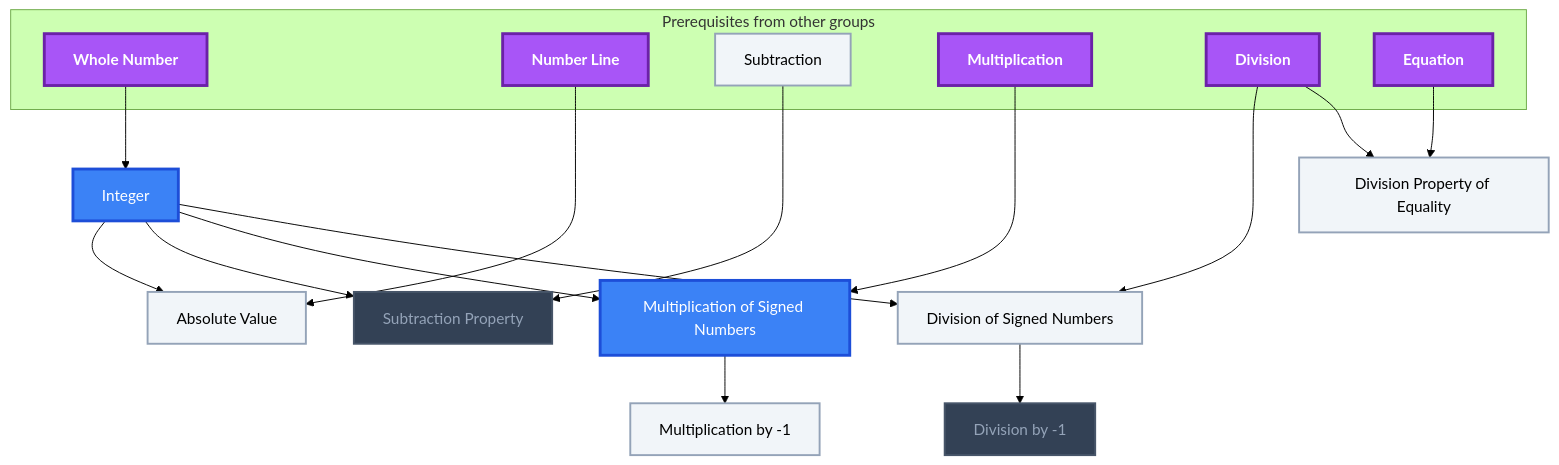
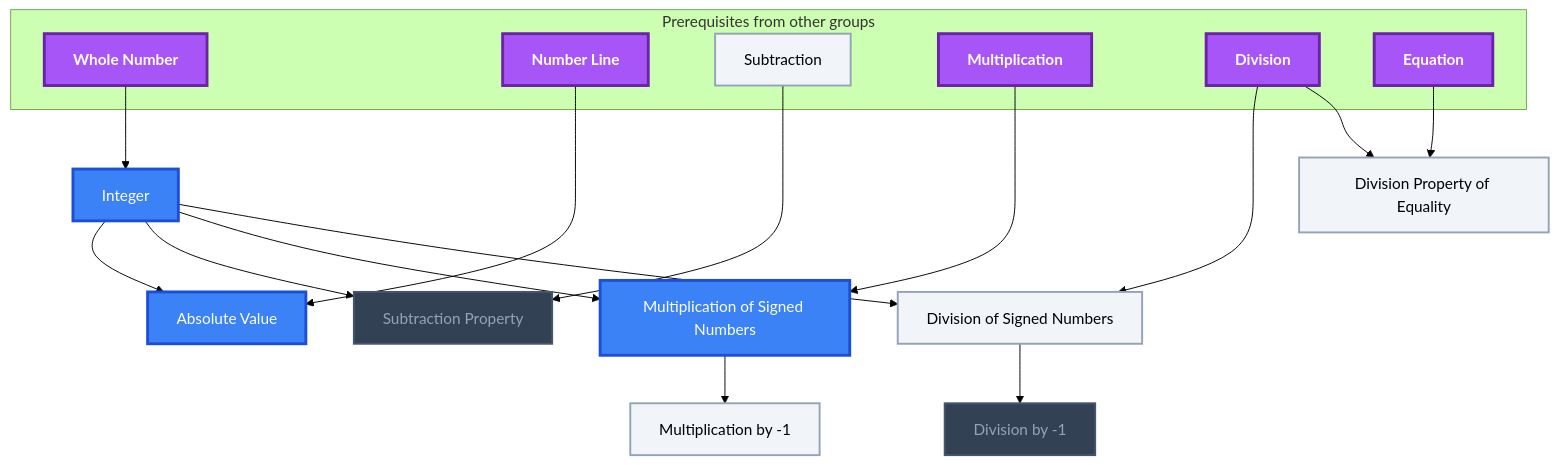
One commit to MRauf1/My-Notes changed the third of 10 diagrams in Gamification/Skill Trees/Pre-Algebra.md. Above: the diagram before and after it, drawn with Mermaid (forest theme). The commit also changed other lines of this file and 57 other files, not shown here.

````diff
--- a/Gamification/Skill Trees/Pre-Algebra.md
+++ b/Gamification/Skill Trees/Pre-Algebra.md
@@ -166,46 +166,46 @@
 ```mermaid
 flowchart TD
     classDef planned fill:#1E293B,stroke:#64748B,stroke-width:2px,stroke-dasharray:5 5,color:#94A3B8;
     classDef locked fill:#334155,stroke:#475569,stroke-width:2px,color:#94A3B8;
     classDef L0 fill:#F1F5F9,stroke:#94A3B8,stroke-width:2px,color:#000000;
     classDef L1 fill:#22C55E,stroke:#15803D,stroke-width:2px,color:#000000;
     classDef L2 fill:#3B82F6,stroke:#1D4ED8,stroke-width:3px,color:#FFFFFF;
     classDef L3 fill:#A855F7,stroke:#6B21A8,stroke-width:3px,color:#FFFFFF,font-weight:bold;
     classDef L4 fill:#F97316,stroke:#C2410C,stroke-width:4px,color:#000000,font-weight:bold;
     classDef L5 fill:#FFD700,stroke:#FF8C00,stroke-width:5px,color:#000000,font-weight:bold;
     classDef rusty stroke:#8B4513,stroke-width:4px,stroke-dasharray:3 3;
     subgraph sg_prereqs["Prerequisites from other groups"]
         n_whole_number["Whole Number"]
         n_number_line["Number Line"]
         n_subtraction["Subtraction"]
         n_multiplication["Multiplication"]
         n_division["Division"]
         n_equation["Equation"]
     end
     n_integer["Integer"]
     n_absolute_value["Absolute Value"]
     n_subtraction_property["Subtraction Property"]
     n_multiplication_of_signed_numbers["Multiplication of Signed Numbers"]
     n_division_of_signed_numbers["Division of Signed Numbers"]
     n_multiplication_by_1["Multiplication by -1"]
     n_division_by_1["Division by -1"]
     n_division_property_of_equality["Division Property of Equality"]
     n_whole_number --> n_integer
     n_number_line --> n_absolute_value
     n_integer --> n_absolute_value
     n_subtraction --> n_subtraction_property
     n_integer --> n_subtraction_property
     n_multiplication --> n_multiplication_of_signed_numbers
     n_integer --> n_multiplication_of_signed_numbers
     n_division --> n_division_of_signed_numbers
     n_integer --> n_division_of_signed_numbers
     n_multiplication_of_signed_numbers --> n_multiplication_by_1
     n_division_of_signed_numbers --> n_division_by_1
     n_division --> n_division_property_of_equality
     n_equation --> n_division_property_of_equality
     class n_subtraction_property,n_division_by_1 locked;
-    class n_subtraction,n_absolute_value,n_division_of_signed_numbers,n_multiplication_by_1,n_division_property_of_equality L0;
-    class n_integer,n_multiplication_of_signed_numbers L2;
+    class n_subtraction,n_division_of_signed_numbers,n_multiplication_by_1,n_division_property_of_equality L0;
+    class n_integer,n_absolute_value,n_multiplication_of_signed_numbers L2;
     class n_whole_number,n_number_line,n_multiplication,n_division,n_equation L3;
     class n_whole_number,n_number_line,n_subtraction,n_multiplication,n_division,n_equation,n_integer,n_absolute_value,n_subtraction_property,n_multiplication_of_signed_numbers,n_division_of_signed_numbers,n_multiplication_by_1,n_division_by_1,n_division_property_of_equality internal-link;
 ```
````
